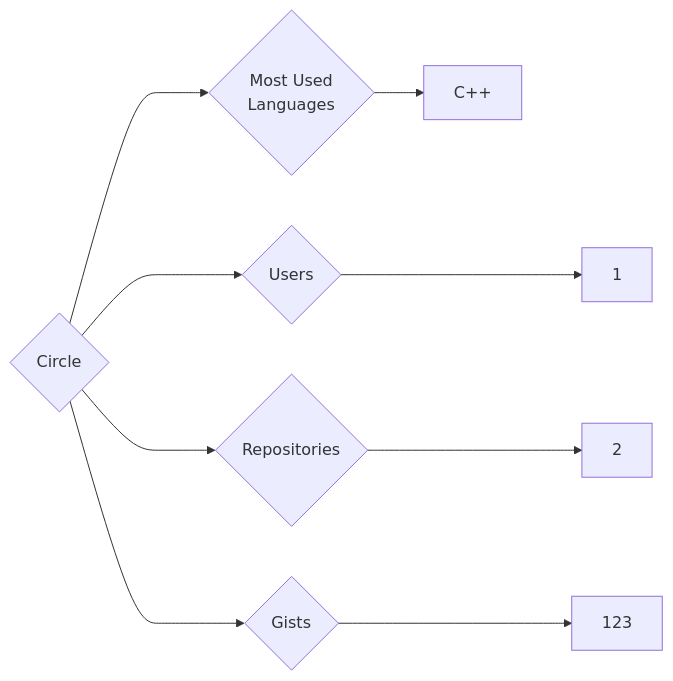
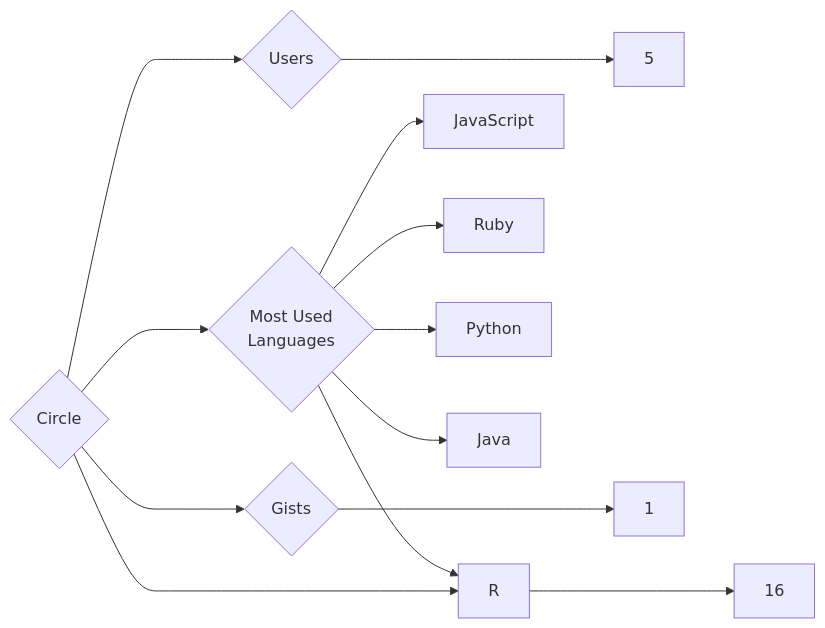
The diagram in targets/Circle/README.md (trickest/insiders), drawn with Mermaid before and after one commit. The commit also changed 1149 other files, not shown here.

````diff
--- a/targets/Circle/README.md
+++ b/targets/Circle/README.md
@@ -3,9 +3,13 @@
 ```mermaid
 graph LR
 COMPANY_NAME{Circle}
-COMPANY_NAME ---> U{Users} ---> UN[1]
-COMPANY_NAME ---> R{Repositories} ---> RN[2]
-COMPANY_NAME ---> G{Gists} ---> GN[123]
+COMPANY_NAME ---> U{Users} ---> UN[5]
+COMPANY_NAME ---> R{Repositories} ---> RN[16]
+COMPANY_NAME ---> G{Gists} ---> GN[1]
 COMPANY_NAME ---> ML{Most Used<br>Languages}
-ML --> C++[C++]
+ML --> JavaScript[JavaScript]
+ML --> Ruby[Ruby]
+ML --> R[R]
+ML --> Python[Python]
+ML --> Java[Java]
 ```
````
